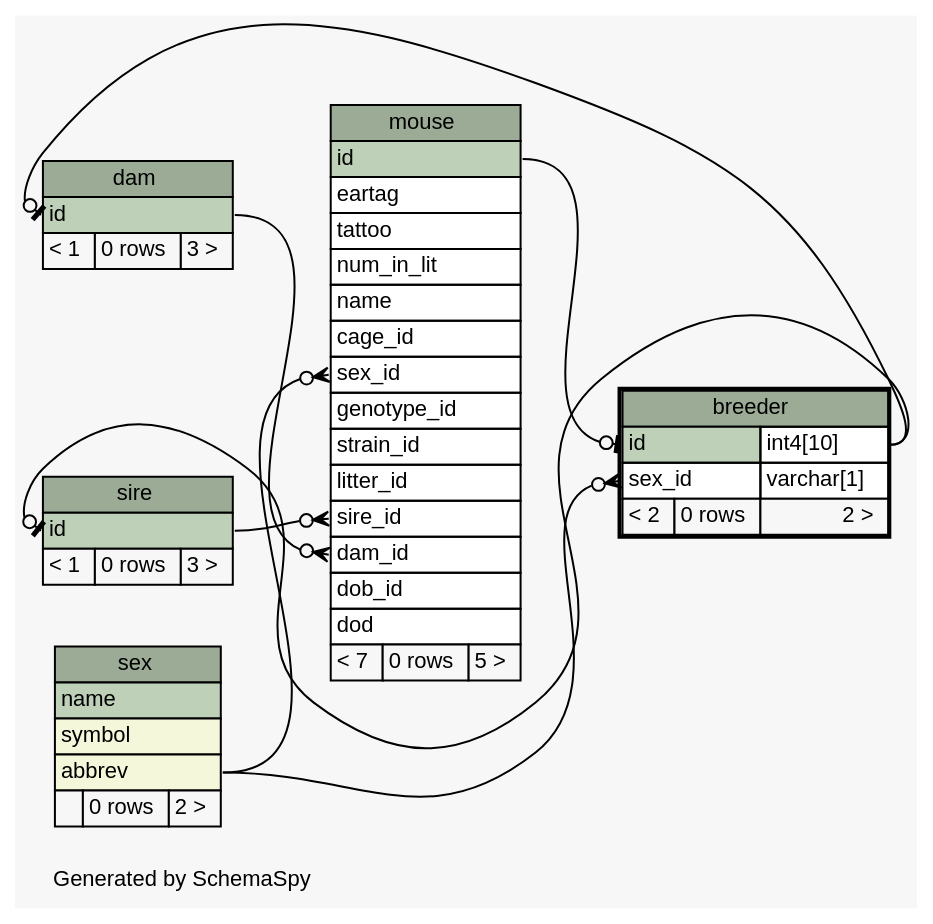
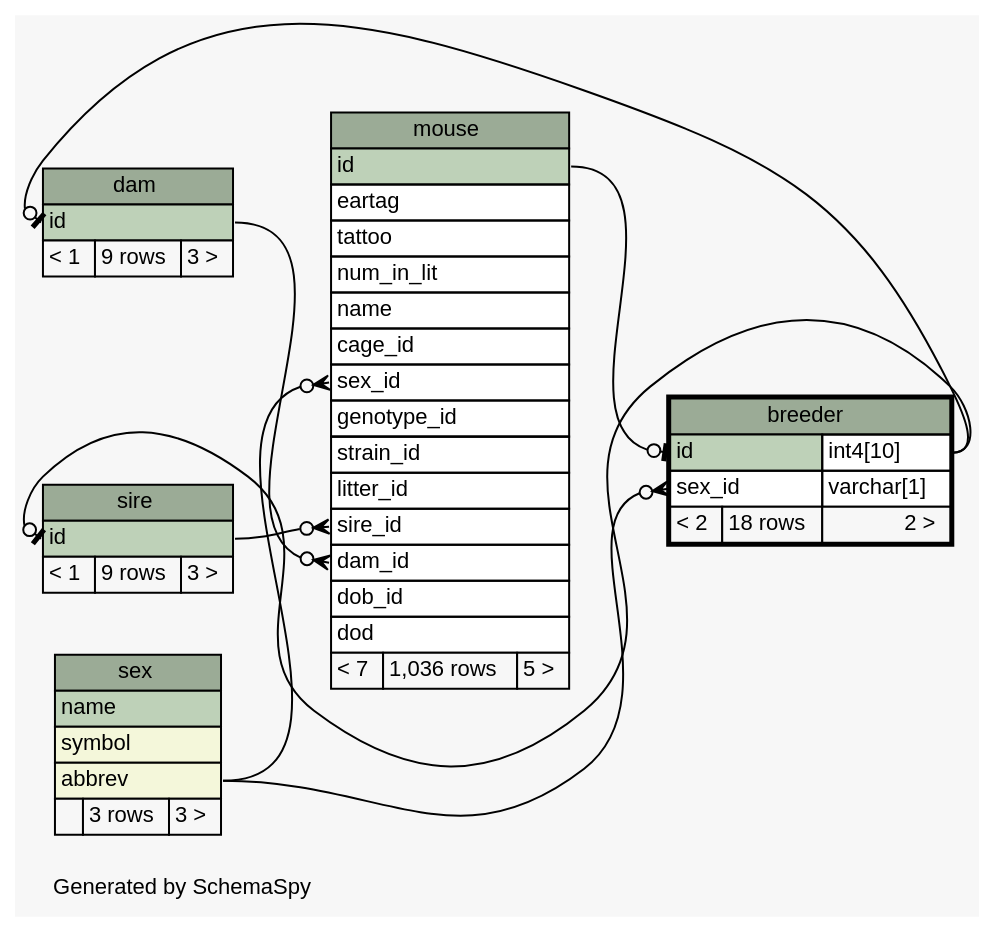
One commit to tgbugs/mlab changed the diagram in database/ss/diagrams/breeder.1degree.dot. Above: the diagram before and after it, drawn with Graphviz. The commit also changed 221 other files, not shown here.

```diff
--- a/database/ss/diagrams/breeder.1degree.dot
+++ b/database/ss/diagrams/breeder.1degree.dot
@@ -1,95 +1,95 @@
 // dot 2.32.0 on Windows 7 6.1
 // SchemaSpy rev 590
 digraph "oneDegreeRelationshipsDiagram" {
   graph [
     rankdir="RL"
     bgcolor="#f7f7f7"
     label="\nGenerated by SchemaSpy"
     labeljust="l"
     nodesep="0.18"
     ranksep="0.46"
     fontname="Helvetica"
     fontsize="11"
   ];
   node [
     fontname="Helvetica"
     fontsize="11"
     shape="plaintext"
   ];
   edge [
     arrowsize="0.8"
   ];
   "breeder":"id":w -> "mouse":"id":e [arrowhead=none dir=back arrowtail=teeodot];
   "breeder":"sex_id":w -> "sex":"abbrev":e [arrowhead=none dir=back arrowtail=crowodot];
   "dam":"id":w -> "breeder":"id.type":e [arrowhead=none dir=back arrowtail=teeodot];
   "mouse":"dam_id":w -> "dam":"id":e [arrowhead=none dir=back arrowtail=crowodot];
   "mouse":"sex_id":w -> "sex":"abbrev":e [arrowhead=none dir=back arrowtail=crowodot];
   "mouse":"sire_id":w -> "sire":"id":e [arrowhead=none dir=back arrowtail=crowodot];
   "sire":"id":w -> "breeder":"id.type":e [arrowhead=none dir=back arrowtail=teeodot];
   "breeder" [
     label=<
     <TABLE BORDER="2" CELLBORDER="1" CELLSPACING="0" BGCOLOR="#ffffff">
       <TR><TD COLSPAN="3" BGCOLOR="#9bab96" ALIGN="CENTER">breeder</TD></TR>
       <TR><TD PORT="id" COLSPAN="2" BGCOLOR="#bed1b8" ALIGN="LEFT">id</TD><TD PORT="id.type" ALIGN="LEFT">int4[10]</TD></TR>
       <TR><TD PORT="sex_id" COLSPAN="2" ALIGN="LEFT">sex_id</TD><TD PORT="sex_id.type" ALIGN="LEFT">varchar[1]</TD></TR>
-      <TR><TD ALIGN="LEFT" BGCOLOR="#f7f7f7">&lt; 2</TD><TD ALIGN="RIGHT" BGCOLOR="#f7f7f7">0 rows</TD><TD ALIGN="RIGHT" BGCOLOR="#f7f7f7">2 &gt;</TD></TR>
+      <TR><TD ALIGN="LEFT" BGCOLOR="#f7f7f7">&lt; 2</TD><TD ALIGN="RIGHT" BGCOLOR="#f7f7f7">18 rows</TD><TD ALIGN="RIGHT" BGCOLOR="#f7f7f7">2 &gt;</TD></TR>
     </TABLE>>
     URL="breeder.html"
     tooltip="breeder"
   ];
   "dam" [
     label=<
     <TABLE BORDER="0" CELLBORDER="1" CELLSPACING="0" BGCOLOR="#ffffff">
       <TR><TD COLSPAN="3" BGCOLOR="#9bab96" ALIGN="CENTER">dam</TD></TR>
       <TR><TD PORT="id" COLSPAN="3" BGCOLOR="#bed1b8" ALIGN="LEFT">id</TD></TR>
-      <TR><TD ALIGN="LEFT" BGCOLOR="#f7f7f7">&lt; 1</TD><TD ALIGN="RIGHT" BGCOLOR="#f7f7f7">0 rows</TD><TD ALIGN="RIGHT" BGCOLOR="#f7f7f7">3 &gt;</TD></TR>
+      <TR><TD ALIGN="LEFT" BGCOLOR="#f7f7f7">&lt; 1</TD><TD ALIGN="RIGHT" BGCOLOR="#f7f7f7">9 rows</TD><TD ALIGN="RIGHT" BGCOLOR="#f7f7f7">3 &gt;</TD></TR>
     </TABLE>>
     URL="dam.html"
     tooltip="dam"
   ];
   "mouse" [
     label=<
     <TABLE BORDER="0" CELLBORDER="1" CELLSPACING="0" BGCOLOR="#ffffff">
       <TR><TD COLSPAN="3" BGCOLOR="#9bab96" ALIGN="CENTER">mouse</TD></TR>
       <TR><TD PORT="id" COLSPAN="3" BGCOLOR="#bed1b8" ALIGN="LEFT">id</TD></TR>
       <TR><TD PORT="eartag" COLSPAN="3" ALIGN="LEFT">eartag</TD></TR>
       <TR><TD PORT="tattoo" COLSPAN="3" ALIGN="LEFT">tattoo</TD></TR>
       <TR><TD PORT="num_in_lit" COLSPAN="3" ALIGN="LEFT">num_in_lit</TD></TR>
       <TR><TD PORT="name" COLSPAN="3" ALIGN="LEFT">name</TD></TR>
       <TR><TD PORT="cage_id" COLSPAN="3" ALIGN="LEFT">cage_id</TD></TR>
       <TR><TD PORT="sex_id" COLSPAN="3" ALIGN="LEFT">sex_id</TD></TR>
       <TR><TD PORT="genotype_id" COLSPAN="3" ALIGN="LEFT">genotype_id</TD></TR>
       <TR><TD PORT="strain_id" COLSPAN="3" ALIGN="LEFT">strain_id</TD></TR>
       <TR><TD PORT="litter_id" COLSPAN="3" ALIGN="LEFT">litter_id</TD></TR>
       <TR><TD PORT="sire_id" COLSPAN="3" ALIGN="LEFT">sire_id</TD></TR>
       <TR><TD PORT="dam_id" COLSPAN="3" ALIGN="LEFT">dam_id</TD></TR>
       <TR><TD PORT="dob_id" COLSPAN="3" ALIGN="LEFT">dob_id</TD></TR>
       <TR><TD PORT="dod" COLSPAN="3" ALIGN="LEFT">dod</TD></TR>
-      <TR><TD ALIGN="LEFT" BGCOLOR="#f7f7f7">&lt; 7</TD><TD ALIGN="RIGHT" BGCOLOR="#f7f7f7">0 rows</TD><TD ALIGN="RIGHT" BGCOLOR="#f7f7f7">5 &gt;</TD></TR>
+      <TR><TD ALIGN="LEFT" BGCOLOR="#f7f7f7">&lt; 7</TD><TD ALIGN="RIGHT" BGCOLOR="#f7f7f7">1,036 rows</TD><TD ALIGN="RIGHT" BGCOLOR="#f7f7f7">5 &gt;</TD></TR>
     </TABLE>>
     URL="mouse.html"
     tooltip="mouse"
   ];
   "sex" [
     label=<
     <TABLE BORDER="0" CELLBORDER="1" CELLSPACING="0" BGCOLOR="#ffffff">
       <TR><TD COLSPAN="3" BGCOLOR="#9bab96" ALIGN="CENTER">sex</TD></TR>
       <TR><TD PORT="name" COLSPAN="3" BGCOLOR="#bed1b8" ALIGN="LEFT">name</TD></TR>
       <TR><TD PORT="symbol" COLSPAN="3" BGCOLOR="#f4f7da" ALIGN="LEFT">symbol</TD></TR>
       <TR><TD PORT="abbrev" COLSPAN="3" BGCOLOR="#f4f7da" ALIGN="LEFT">abbrev</TD></TR>
-      <TR><TD ALIGN="LEFT" BGCOLOR="#f7f7f7">  </TD><TD ALIGN="RIGHT" BGCOLOR="#f7f7f7">0 rows</TD><TD ALIGN="RIGHT" BGCOLOR="#f7f7f7">2 &gt;</TD></TR>
+      <TR><TD ALIGN="LEFT" BGCOLOR="#f7f7f7">  </TD><TD ALIGN="RIGHT" BGCOLOR="#f7f7f7">3 rows</TD><TD ALIGN="RIGHT" BGCOLOR="#f7f7f7">3 &gt;</TD></TR>
     </TABLE>>
     URL="sex.html"
     tooltip="sex"
   ];
   "sire" [
     label=<
     <TABLE BORDER="0" CELLBORDER="1" CELLSPACING="0" BGCOLOR="#ffffff">
       <TR><TD COLSPAN="3" BGCOLOR="#9bab96" ALIGN="CENTER">sire</TD></TR>
       <TR><TD PORT="id" COLSPAN="3" BGCOLOR="#bed1b8" ALIGN="LEFT">id</TD></TR>
-      <TR><TD ALIGN="LEFT" BGCOLOR="#f7f7f7">&lt; 1</TD><TD ALIGN="RIGHT" BGCOLOR="#f7f7f7">0 rows</TD><TD ALIGN="RIGHT" BGCOLOR="#f7f7f7">3 &gt;</TD></TR>
+      <TR><TD ALIGN="LEFT" BGCOLOR="#f7f7f7">&lt; 1</TD><TD ALIGN="RIGHT" BGCOLOR="#f7f7f7">9 rows</TD><TD ALIGN="RIGHT" BGCOLOR="#f7f7f7">3 &gt;</TD></TR>
     </TABLE>>
     URL="sire.html"
     tooltip="sire"
   ];
 }
```
